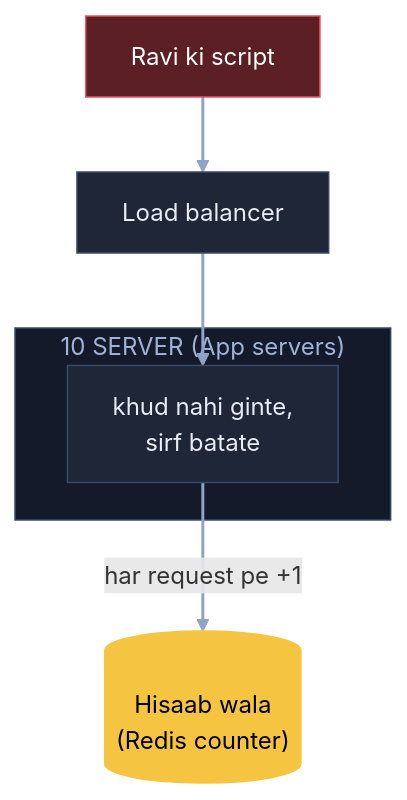
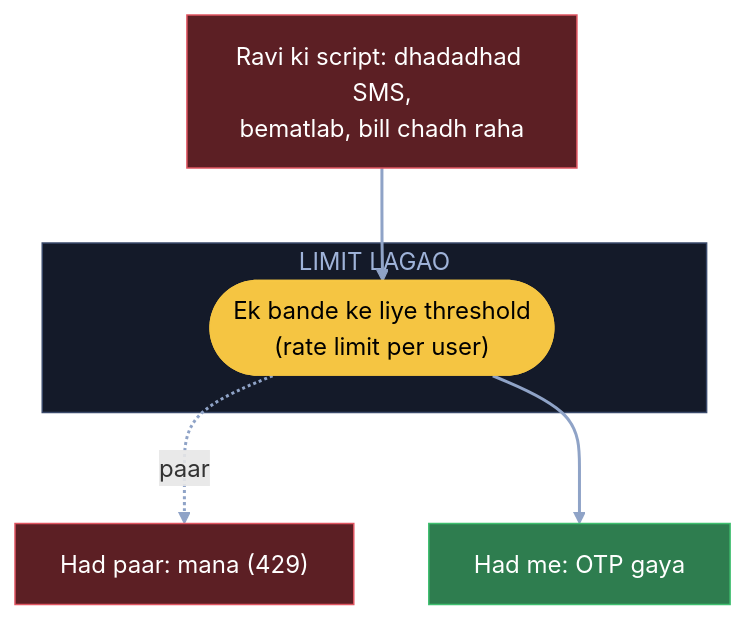
One commit to ArpanMaheshwari144/Prep changed the first of 10 diagrams in 04_HLD/SYSTEM_DESIGNS/02_rate_limiter/02_rate_limiter.md. Above: the diagram before and after it, drawn with Mermaid. The commit also changed other lines of this file, not shown here.

Commit message:
Rate limiter: 10 diagram hand notes ke shabdon se (K1 naya), K3 me apni jodi line hatai

````diff
--- a/04_HLD/SYSTEM_DESIGNS/02_rate_limiter/02_rate_limiter.md
+++ b/04_HLD/SYSTEM_DESIGNS/02_rate_limiter/02_rate_limiter.md
@@ -44,18 +33,18 @@
 ```mermaid
 flowchart TB
-    U["Ravi ki script"]:::bad
-    LB["Load balancer"]:::card
-    subgraph AS["10 SERVER (App servers)"]
-        S["khud nahi ginte,<br/>sirf batate"]:::card
+    R["Ravi ki script: dhadadhad SMS,<br/>bematlab, bill chadh raha"]:::bad
+    subgraph LM["LIMIT LAGAO"]
+        T(["Ek bande ke liye threshold<br/>(rate limit per user)"]):::pill
     end
-    R[("Hisaab wala<br/>(Redis counter)")]:::pill
-    U --> LB
-    LB --> S
-    S -- "har request pe +1" --> R
+    X["Had paar: mana (429)"]:::bad
+    OK["Had me: OTP gaya"]:::good
+    R --> T
+    T -. "paar" .-> X
+    T --> OK
     linkStyle default stroke:#8fa3c7,stroke-width:2px
     classDef card fill:#1e2638,stroke:#3a4a6b,color:#e8ecf5
     classDef pill fill:#f5c542,stroke:#f5c542,color:#000
     classDef good fill:#2e7d4f,stroke:#3fbf6f,color:#fff
     classDef bad fill:#5c1f24,stroke:#e05561,color:#fff
-    style AS fill:#141a29,stroke:#3a4a6b,color:#9fb3d9
+    style LM fill:#141a29,stroke:#3a4a6b,color:#9fb3d9
 ```
````
